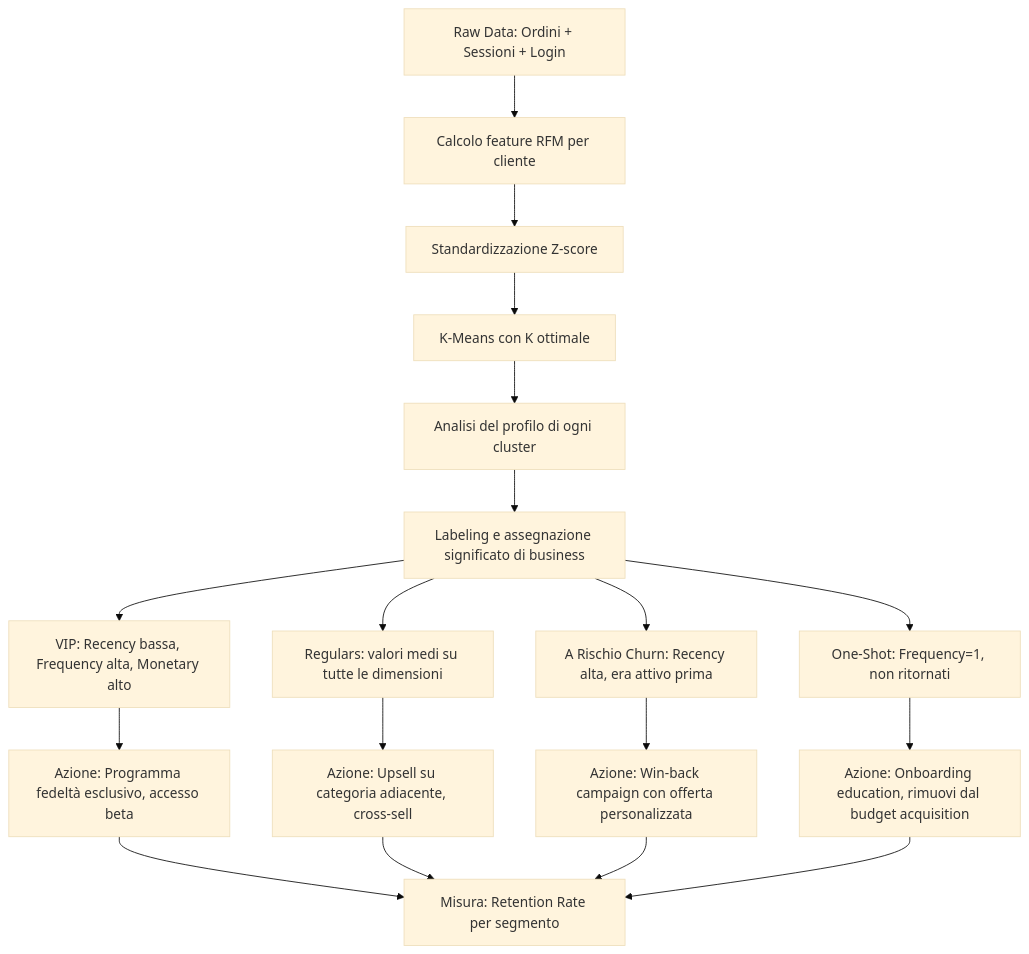
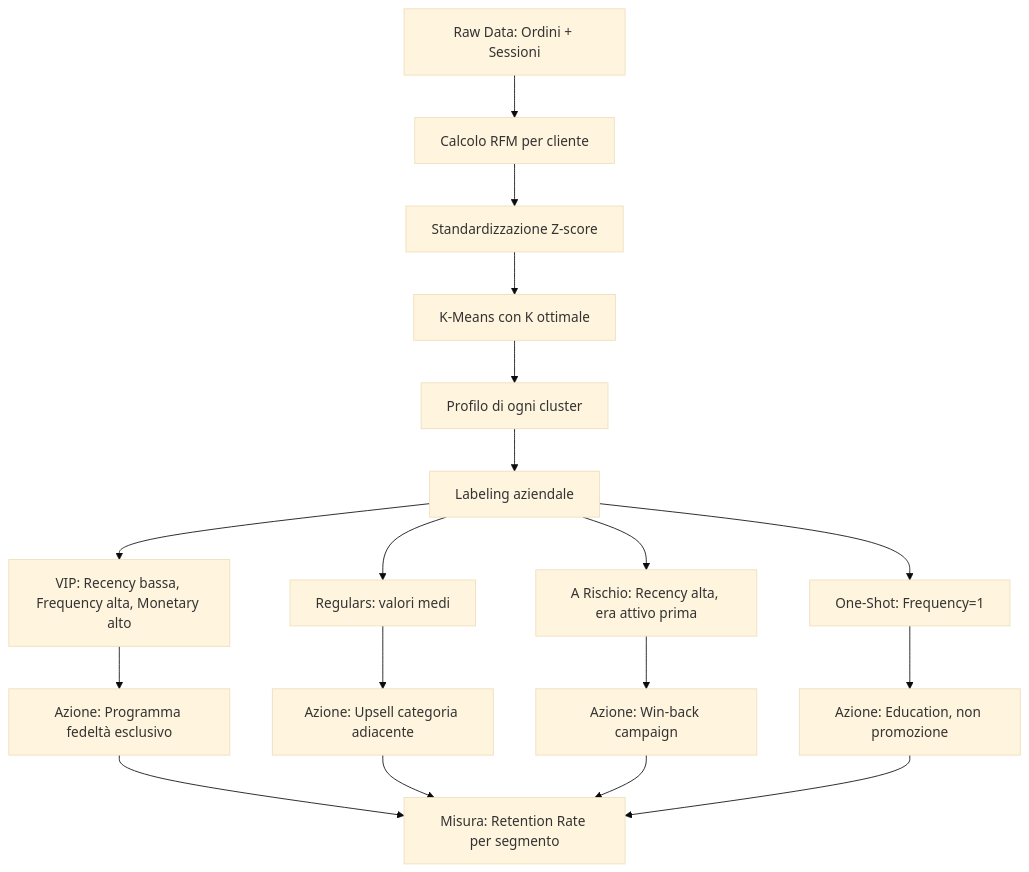
One commit to AndreyBertasini/gynnitech changed the diagram in src/content/blog/cluster-analysis.mdx. Above: the diagram before and after it, drawn with Mermaid (base theme). The commit also changed other lines of this file and 27 other files, not shown here.

````diff
--- a/src/content/blog/cluster-analysis.mdx
+++ b/src/content/blog/cluster-analysis.mdx
@@ -176,20 +203,20 @@
 ```mermaid
 graph TD
-    A[Raw Data: Ordini + Sessioni + Login] --> B[Calcolo feature RFM per cliente]
+    A[Raw Data: Ordini + Sessioni] --> B[Calcolo RFM per cliente]
     B --> C[Standardizzazione Z-score]
     C --> D[K-Means con K ottimale]
-    D --> E[Analisi del profilo di ogni cluster]
-    E --> F[Labeling e assegnazione significato di business]
+    D --> E[Profilo di ogni cluster]
+    E --> F[Labeling aziendale]
     F --> G1[VIP: Recency bassa, Frequency alta, Monetary alto]
-    F --> G2[Regulars: valori medi su tutte le dimensioni]
-    F --> G3[A Rischio Churn: Recency alta, era attivo prima]
-    F --> G4[One-Shot: Frequency=1, non ritornati]
-    G1 --> H1[Azione: Programma fedeltà esclusivo, accesso beta]
-    G2 --> H2[Azione: Upsell su categoria adiacente, cross-sell]
-    G3 --> H3[Azione: Win-back campaign con offerta personalizzata]
-    G4 --> H4[Azione: Onboarding education, rimuovi dal budget acquisition]
+    F --> G2[Regulars: valori medi]
+    F --> G3[A Rischio: Recency alta, era attivo prima]
+    F --> G4[One-Shot: Frequency=1]
+    G1 --> H1[Azione: Programma fedeltà esclusivo]
+    G2 --> H2[Azione: Upsell categoria adiacente]
+    G3 --> H3[Azione: Win-back campaign]
+    G4 --> H4[Azione: Education, non promozione]
     H1 --> I[Misura: Retention Rate per segmento]
     H2 --> I
     H3 --> I
     H4 --> I
 ```
````
